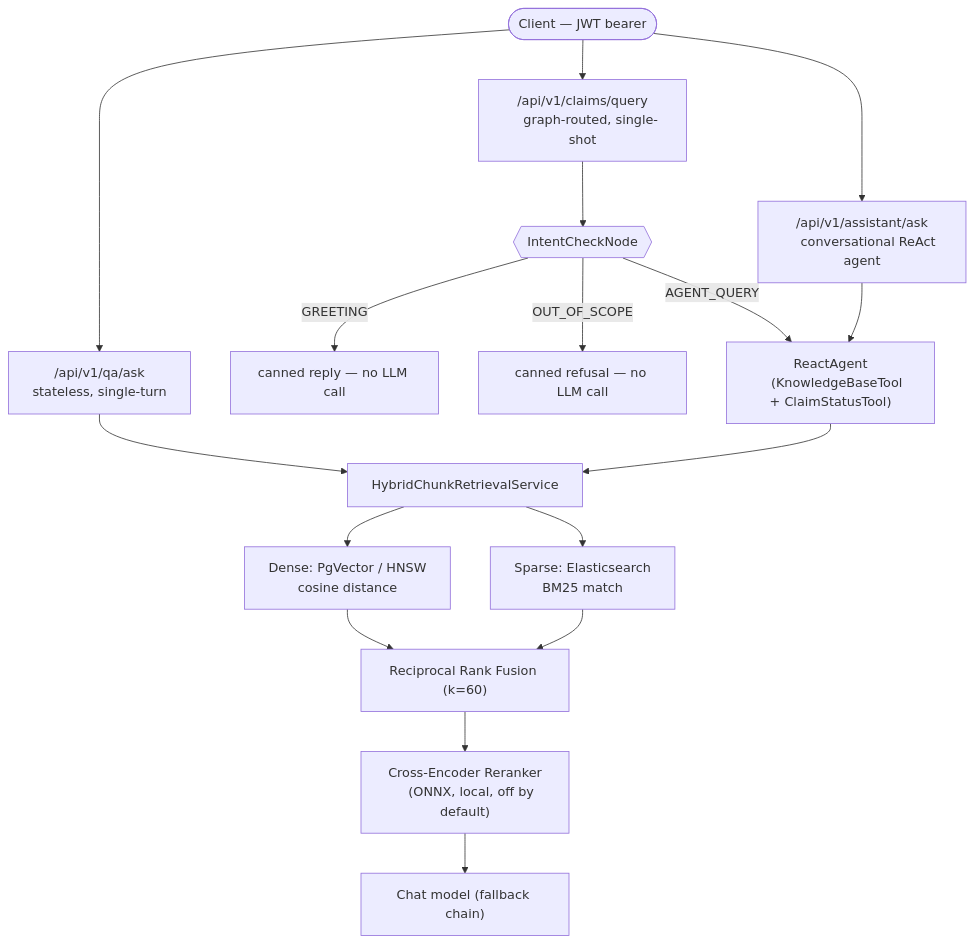
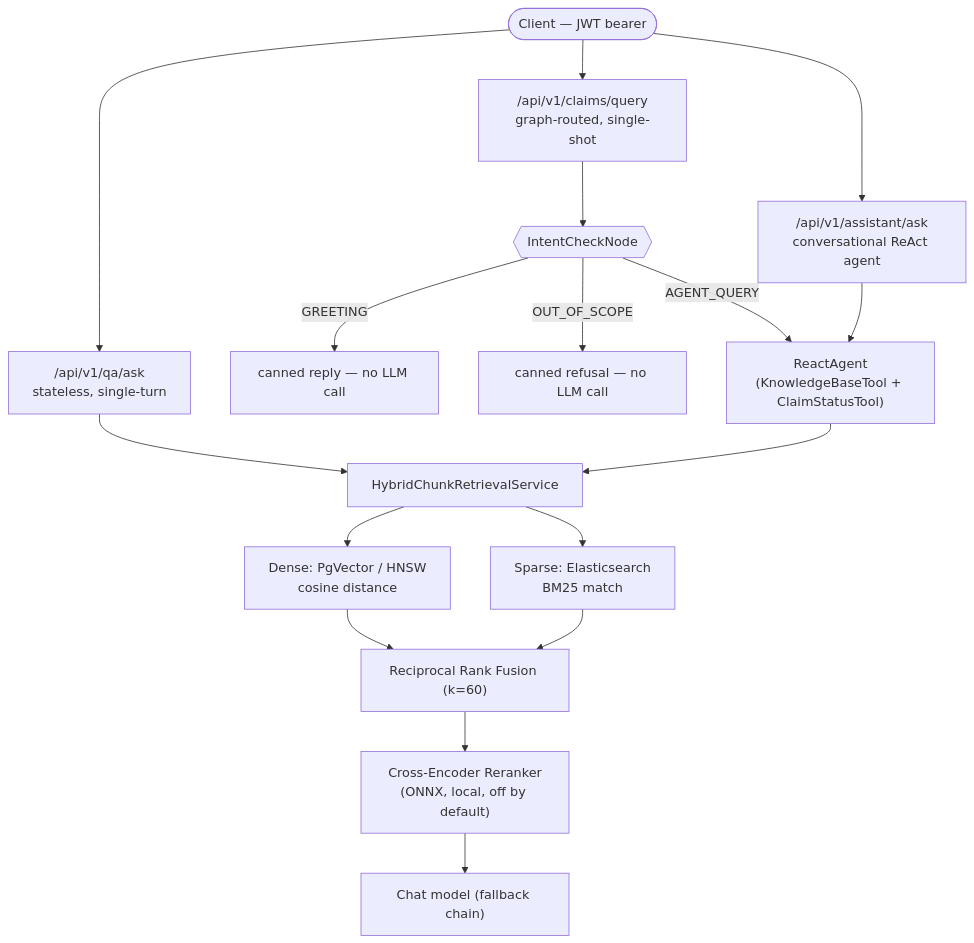
Before and after one commit to balakrishnan-3865/cognitive-rag-engine: the first of 2 diagrams in README.md, drawn with Mermaid. The commit also changed other lines of this file, not shown here.

First line of the commit message:
docs: fix mermaid node labels for GitHub rendering

````diff
--- a/README.md
+++ b/README.md
@@ -11,33 +11,26 @@
 ```mermaid
 flowchart TD
     Client(["Client — JWT bearer"])
 
-    Client --> QA["/api/v1/qa/ask
-    stateless, single-turn"]
-    Client --> Assistant["/api/v1/assistant/ask
-    conversational ReAct agent"]
-    Client --> Claims["/api/v1/claims/query
-    graph-routed, single-shot"]
+    Client --> QA["/api/v1/qa/ask<br/>stateless, single-turn"]
+    Client --> Assistant["/api/v1/assistant/ask<br/>conversational ReAct agent"]
+    Client --> Claims["/api/v1/claims/query<br/>graph-routed, single-shot"]
 
     Claims --> Intent{{"IntentCheckNode"}}
     Intent -->|GREETING| Direct["canned reply — no LLM call"]
     Intent -->|OUT_OF_SCOPE| Refuse["canned refusal — no LLM call"]
     Intent -->|AGENT_QUERY| Agent
 
-    Assistant --> Agent["ReactAgent
-    (KnowledgeBaseTool + ClaimStatusTool)"]
+    Assistant --> Agent["ReactAgent<br/>(KnowledgeBaseTool + ClaimStatusTool)"]
     QA --> Retrieval
 
     Agent --> Retrieval["HybridChunkRetrievalService"]
 
-    Retrieval --> Dense["Dense: PgVector / HNSW
-    cosine distance"]
-    Retrieval --> Sparse["Sparse: Elasticsearch
-    BM25 match"]
+    Retrieval --> Dense["Dense: PgVector / HNSW<br/>cosine distance"]
+    Retrieval --> Sparse["Sparse: Elasticsearch<br/>BM25 match"]
 
     Dense --> RRF["Reciprocal Rank Fusion (k=60)"]
     Sparse --> RRF
-    RRF --> Rerank["Cross-Encoder Reranker
-    (ONNX, local, off by default)"]
+    RRF --> Rerank["Cross-Encoder Reranker<br/>(ONNX, local, off by default)"]
     Rerank --> LLM["Chat model (fallback chain)"]
 ```
````
